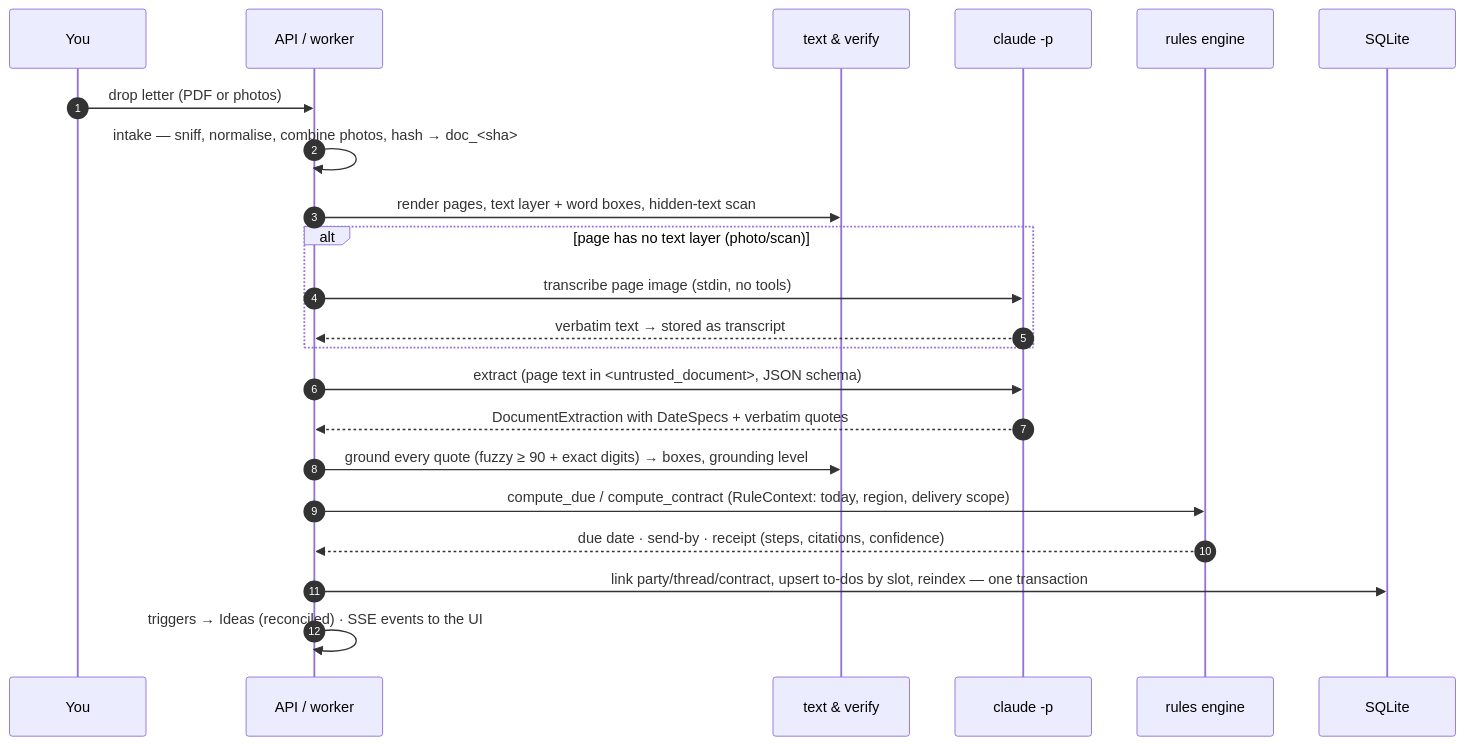
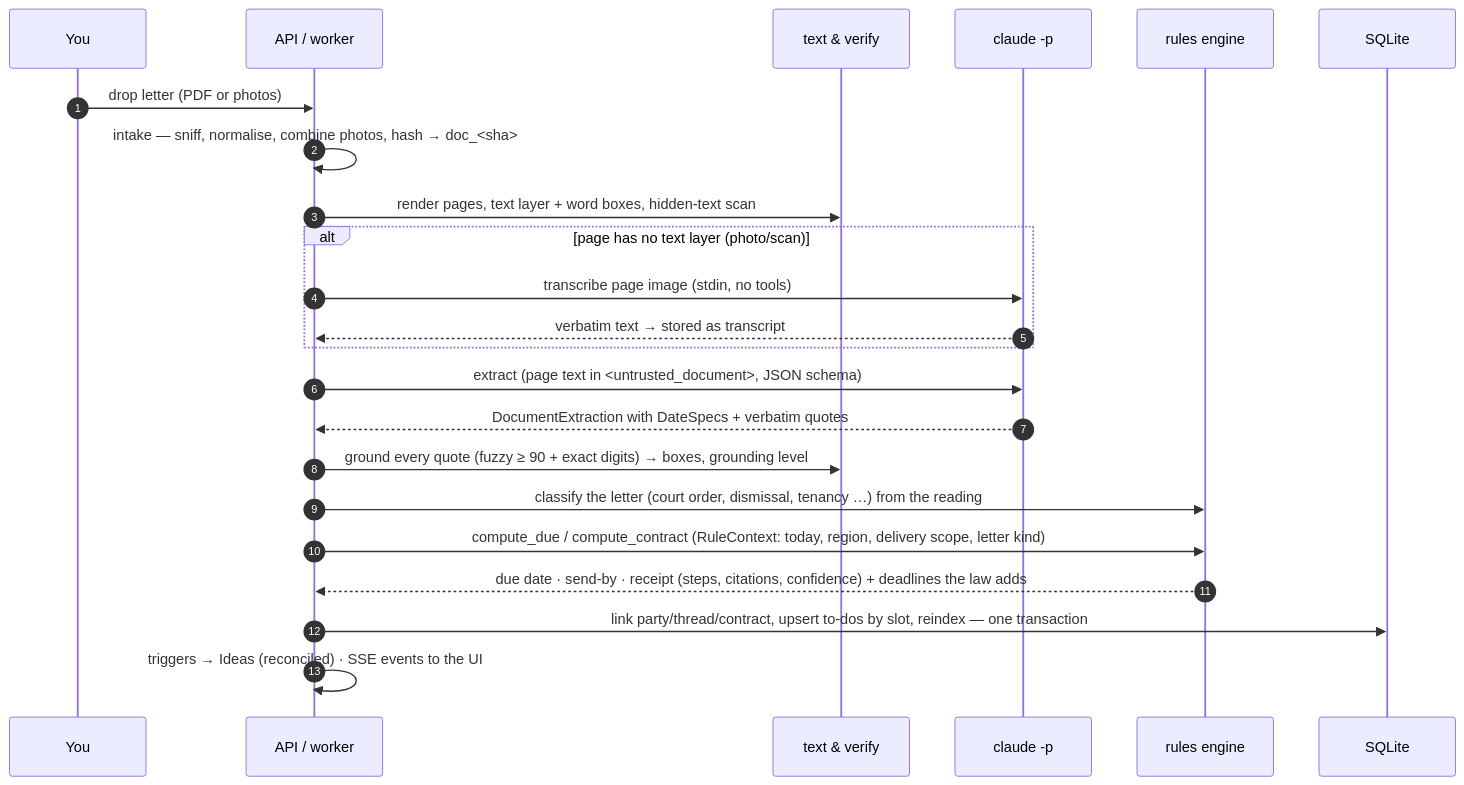
Before and after one commit to ahmedEid1/ordnung: the second of 4 diagrams in docs/architecture.md, drawn with Mermaid. The commit also changed other lines of this file and 16 other files, not shown here.

````diff
--- a/docs/architecture.md
+++ b/docs/architecture.md
@@ -67,25 +67,26 @@
 ```mermaid
 sequenceDiagram
   autonumber
   participant U as You
   participant A as API / worker
   participant T as text & verify
   participant C as claude -p
   participant R as rules engine
   participant D as SQLite
 
   U->>A: drop letter (PDF or photos)
   A->>A: intake — sniff, normalise, combine photos, hash → doc_<sha>
   A->>T: render pages, text layer + word boxes, hidden-text scan
   alt page has no text layer (photo/scan)
     A->>C: transcribe page image (stdin, no tools)
     C-->>A: verbatim text  → stored as transcript
   end
   A->>C: extract (page text in <untrusted_document>, JSON schema)
   C-->>A: DocumentExtraction with DateSpecs + verbatim quotes
   A->>T: ground every quote (fuzzy ≥ 90 + exact digits) → boxes, grounding level
-  A->>R: compute_due / compute_contract (RuleContext: today, region, delivery scope)
-  R-->>A: due date · send-by · receipt (steps, citations, confidence)
+  A->>R: classify the letter (court order, dismissal, tenancy …) from the reading
+  A->>R: compute_due / compute_contract (RuleContext: today, region, delivery scope, letter kind)
+  R-->>A: due date · send-by · receipt (steps, citations, confidence) + deadlines the law adds
   A->>D: link party/thread/contract, upsert to-dos by slot, reindex — one transaction
   A->>A: triggers → Ideas (reconciled) · SSE events to the UI
 ```
````
